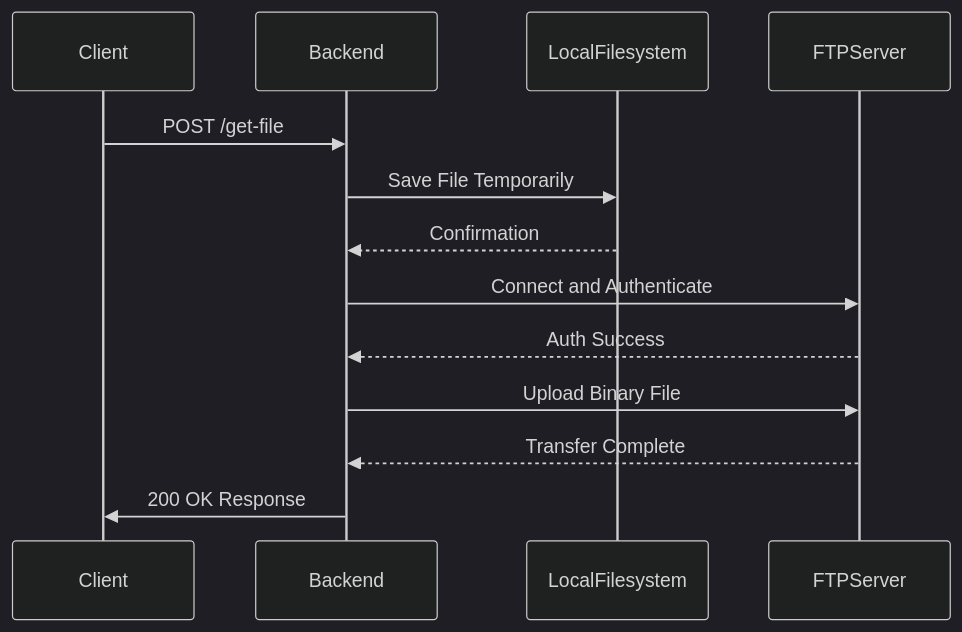
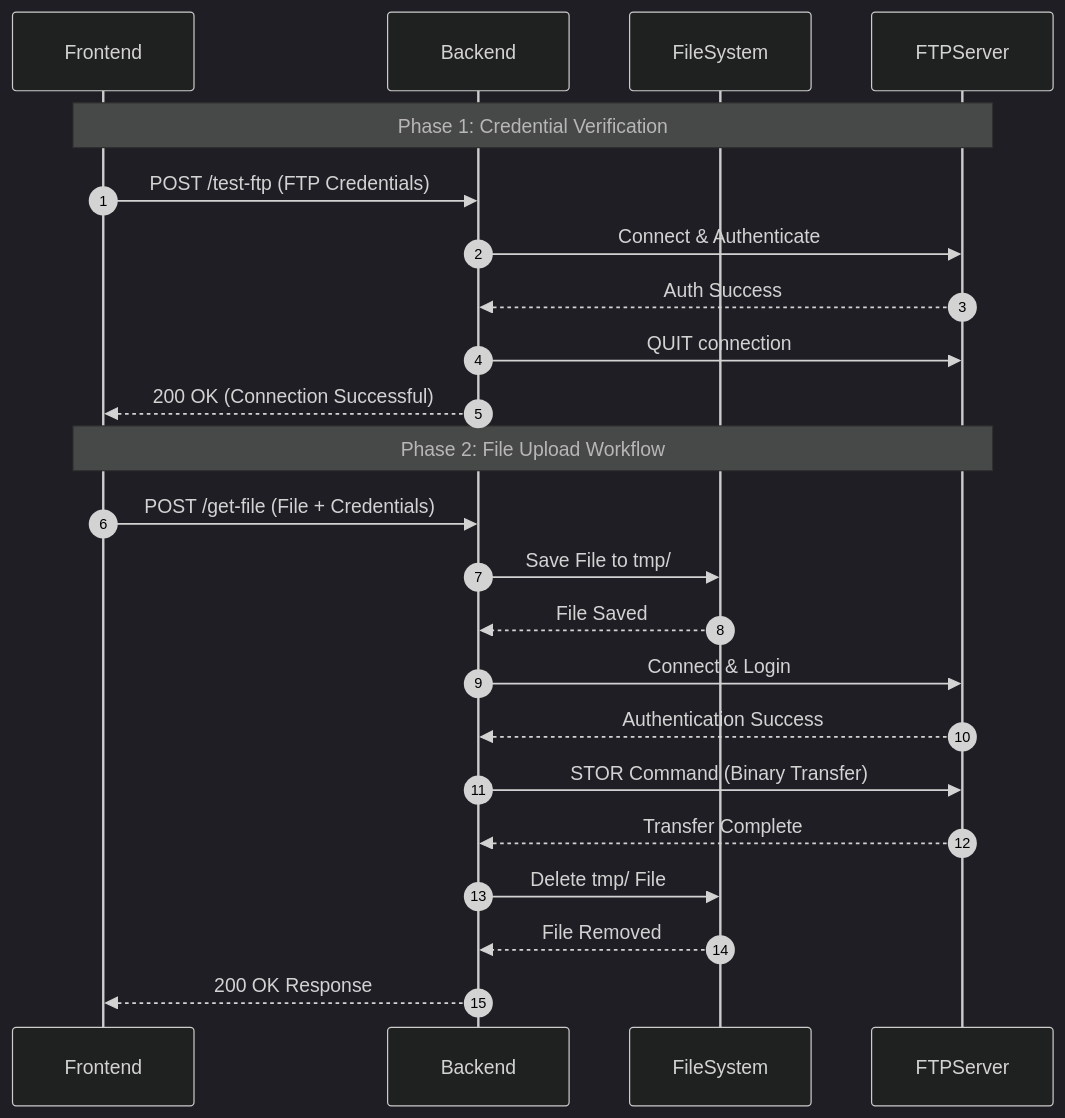
The diagram in README.md (MsCoder50/Nexus-FTP), drawn with Mermaid (dark theme) before and after one commit. The commit also changed other lines of this file, not shown here.

Commit message:
Made WorkFlow More Clear

````diff
--- a/README.md
+++ b/README.md
@@ -20,11 +24,32 @@
 ```mermaid
 sequenceDiagram
-    Client->>Backend: POST /get-file
-    Backend->>LocalFilesystem: Save File Temporarily
-    LocalFilesystem-->>Backend: Confirmation
-    Backend->>FTPServer: Connect and Authenticate
+    autonumber
+    participant Frontend
+    participant Backend
+    participant FileSystem
+    participant FTPServer
+
+    Note over Frontend, FTPServer: Phase 1: Credential Verification
+    Frontend->>Backend: POST /test-ftp (FTP Credentials)
+    Backend->>FTPServer: Connect & Authenticate
     FTPServer-->>Backend: Auth Success
-    Backend->>FTPServer: Upload Binary File
+    Backend->>FTPServer: QUIT connection
+    Backend-->>Frontend: 200 OK (Connection Successful)
+
+    Note over Frontend, FTPServer: Phase 2: File Upload Workflow
+    Frontend->>Backend: POST /get-file (File + Credentials)
+    
+    Backend->>FileSystem: Save File to tmp/
+    FileSystem-->>Backend: File Saved
+    
+    Backend->>FTPServer: Connect & Login
+    FTPServer-->>Backend: Authentication Success
+    
+    Backend->>FTPServer: STOR Command (Binary Transfer)
     FTPServer-->>Backend: Transfer Complete
-    Backend->>Client: 200 OK Response
+    
+    Backend->>FileSystem: Delete tmp/ File
+    FileSystem-->>Backend: File Removed
+    
+    Backend-->>Frontend: 200 OK Response
 ```
````
